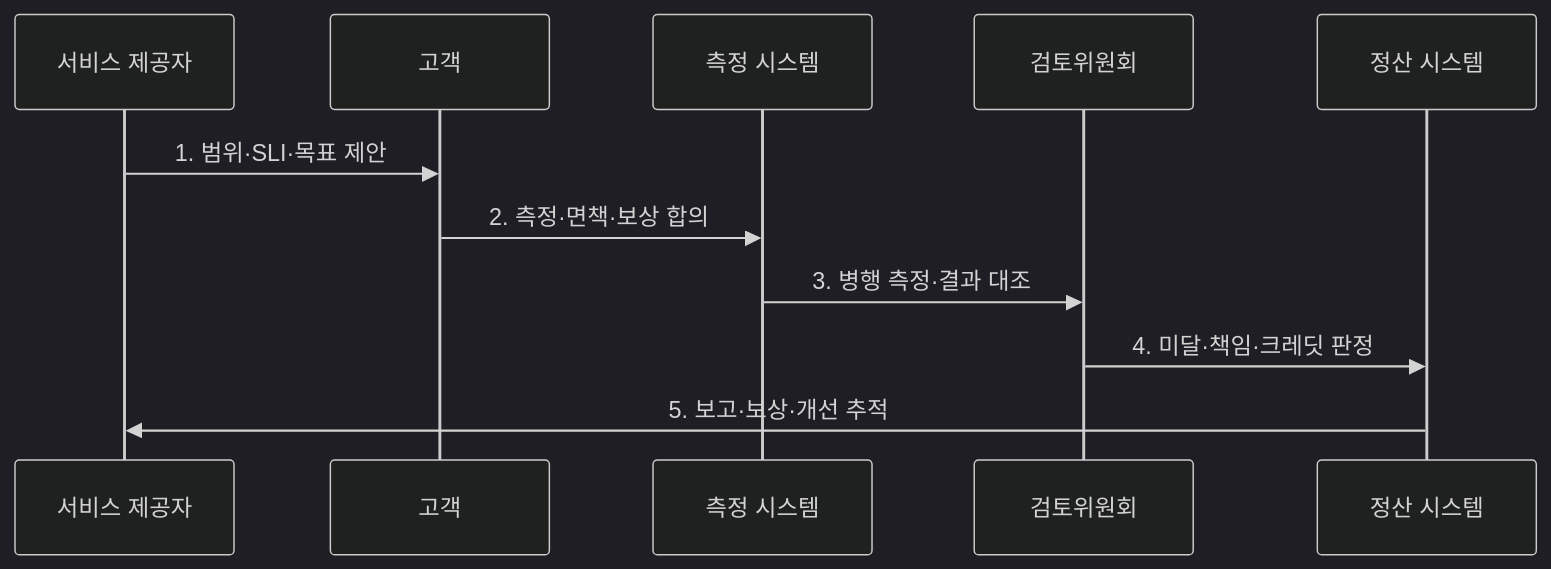
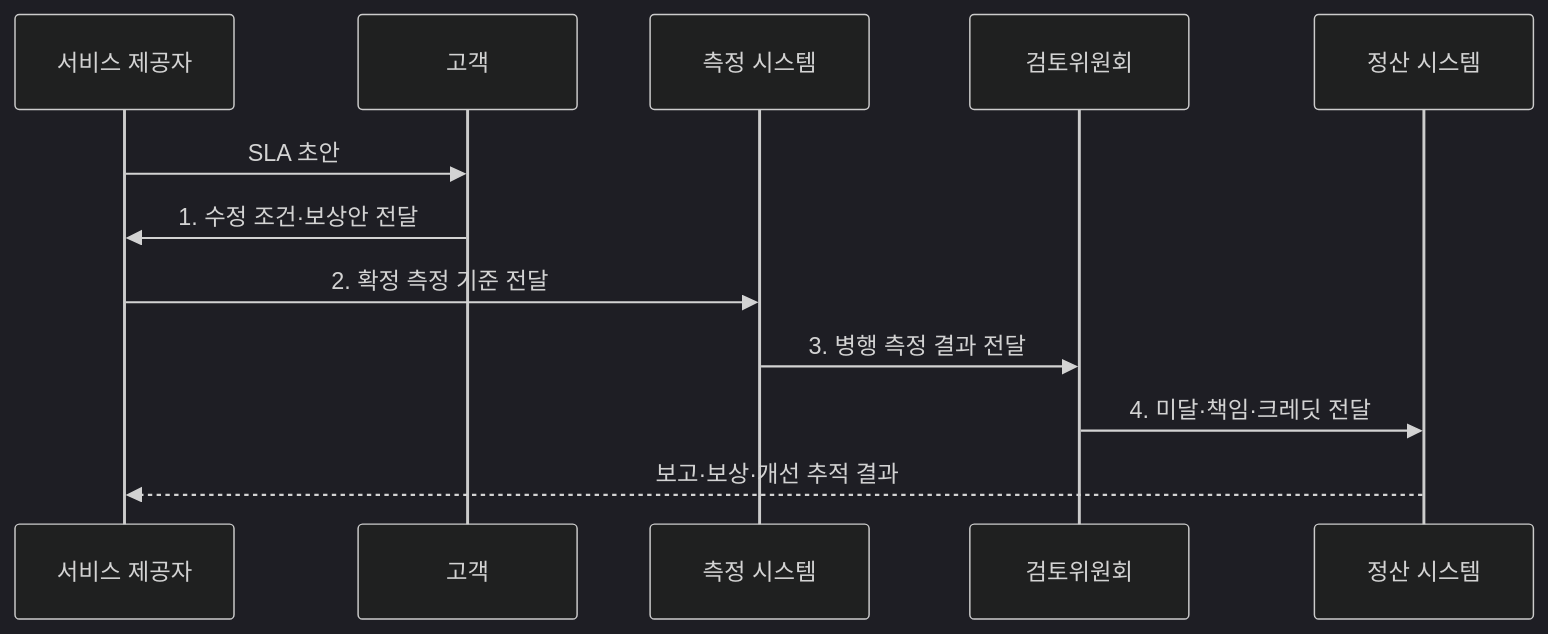
The second of 2 diagrams in src/content/docs/notes/06-evaluation/014_service_level_agreement.md (agnusdei1207/knowledge-base), drawn with Mermaid (dark theme) before and after one commit. The commit also changed other lines of this file and 20 other files, not shown here.

````diff
--- a/src/content/docs/notes/06-evaluation/014_service_level_agreement.md
+++ b/src/content/docs/notes/06-evaluation/014_service_level_agreement.md
@@ -79,13 +79,14 @@
 ```mermaid
 sequenceDiagram
   participant P as 서비스 제공자
   participant C as 고객
   participant M as 측정 시스템
   participant R as 검토위원회
   participant S as 정산 시스템
-  P->>C: 1. 범위·SLI·목표 제안
-  C->>M: 2. 측정·면책·보상 합의
-  M->>R: 3. 병행 측정·결과 대조
-  R->>S: 4. 미달·책임·크레딧 판정
-  S->>P: 5. 보고·보상·개선 추적
+  P->>C: SLA 초안
+  C->>P: 1. 수정 조건·보상안 전달
+  P->>M: 2. 확정 측정 기준 전달
+  M->>R: 3. 병행 측정 결과 전달
+  R->>S: 4. 미달·책임·크레딧 전달
+  S-->>P: 보고·보상·개선 추적 결과
 ```
````
